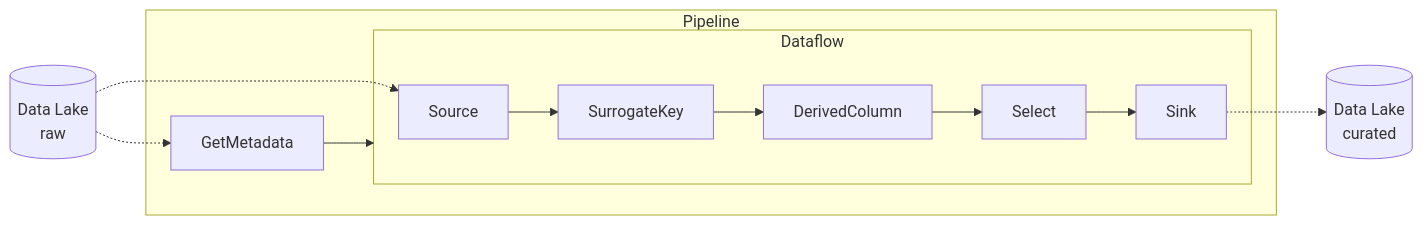
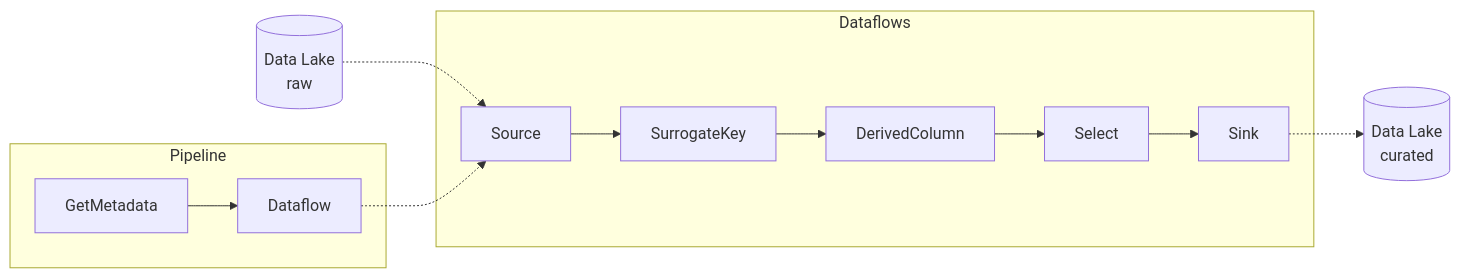
One commit to tayganr/lakehouse changed the diagram in modules/module01b.md. Above: the diagram before and after it, drawn with Mermaid.

````diff
--- a/modules/module01b.md
+++ b/modules/module01b.md
@@ -14,19 +14,26 @@
 ```mermaid
 flowchart LR
-    id1[(Data Lake\nraw)]
-    id2[(Data Lake\ncurated)]
+    ds1[(Data Lake\nraw)]
+    ds2[(Data Lake\ncurated)]
+    ds1-.->Source
+    Sink-.->ds2
+
+    Dataflow-.->Source
+
+
+
     subgraph Pipeline
     GetMetadata-->Dataflow
     end
-    subgraph Dataflow
+
+    subgraph Dataflows
     Source-->SurrogateKey
     SurrogateKey-->DerivedColumn
     DerivedColumn-->Select
     Select-->Sink
     end
-    id1-.->GetMetadata
-    id1-.->Source
-    Sink-.->id2
+
+
     click GetMetadata "https://github.com/tayganr/lakehouse/blob/main/modules/module01b.md#1-Pipeline-initialLoad"
     click Source "https://github.com/tayganr/lakehouse/blob/main/modules/module01b.md#2-Data-flow-Source---rawCustomer"
 ```
````
